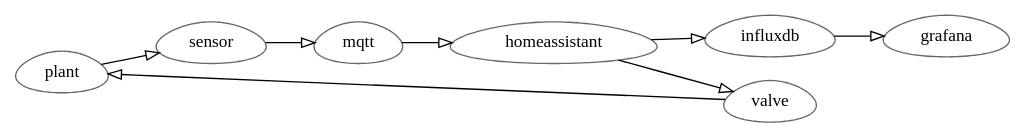
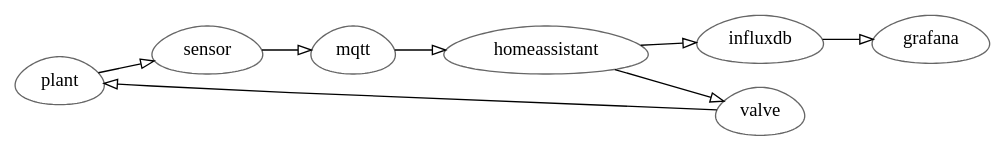
One commit to leshy/plant_control_loops changed the fourth of 4 diagrams in index.org. Above: the diagram before and after it, drawn with Graphviz. The commit also changed other lines of this file and 1 other file, not shown here.

Commit message:
small data flow details

```diff
--- a/index.org
+++ b/index.org
@@ -282,11 +282,11 @@
 #+begin_src dot :file ./img/data_flow.png :results file graphics
 digraph {
   rankdir=LR;
   bgcolor=white;
-  node [shape=egg height="0" margin="0.1,0.05" fontname=terminus fontsize=13 fontcolor=black color="#00000099" style="solid"]
+  node [shape=egg height="0.5" margin="0.1,0.05" fontname=terminus fontsize=14 fontcolor=black color="#00000099" style="solid"]
   edge [color="black" fillcolor="white" style="solid"]
 
 plant -> sensor -> mqtt -> homeassistant -> influxdb -> grafana
 homeassistant -> valve -> plant
 }
 #+end_src
```
